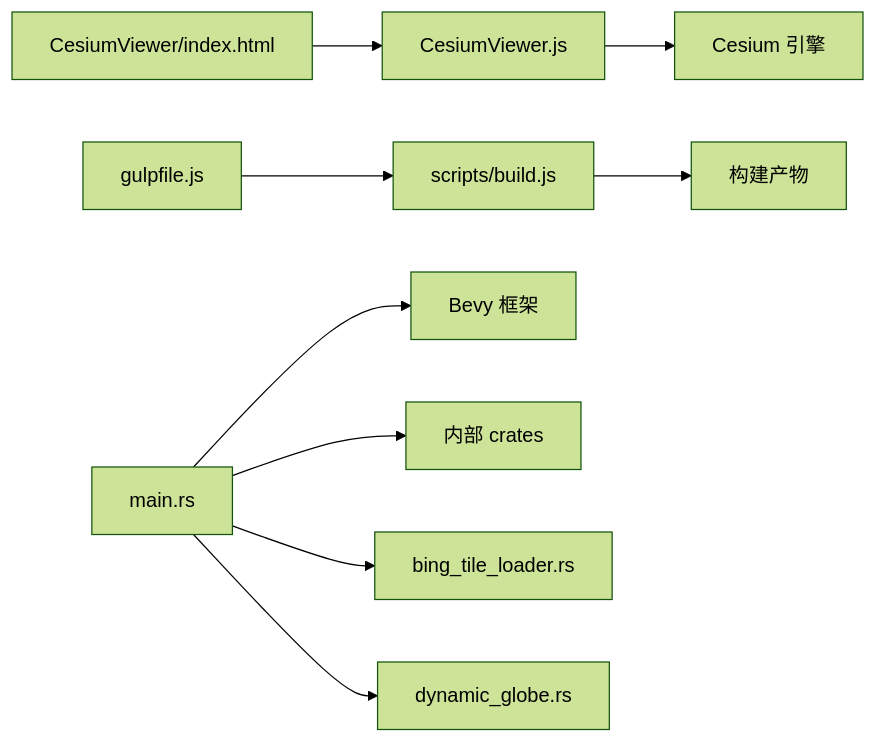
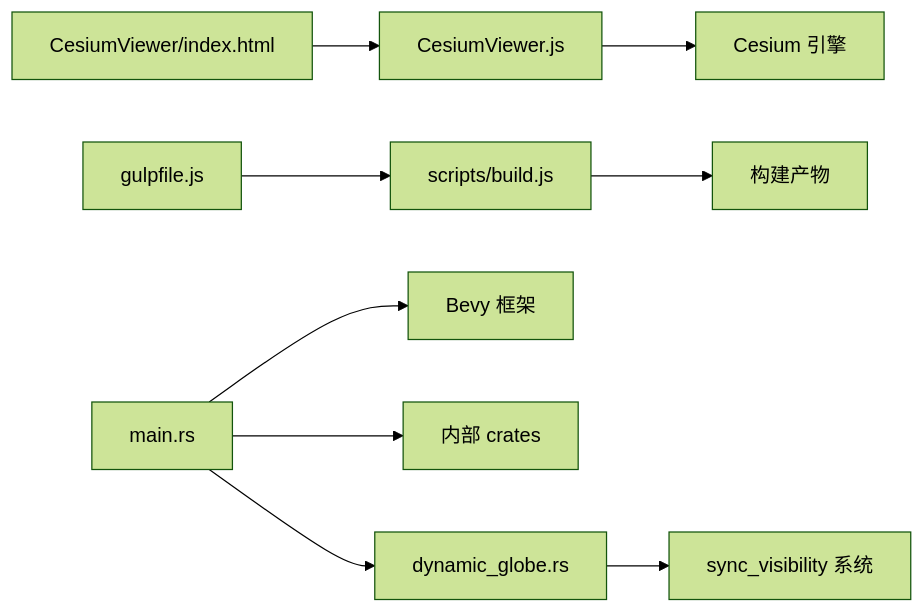
The fifth of 5 diagrams in .qoder/repowiki/zh/content/项目概述/项目介绍/应用程序主入口.md (rzhangjing/cesium), drawn with Mermaid (forest theme) before and after one commit. The commit also changed other lines of this file and 16 other files, not shown here.

````diff
--- a/.qoder/repowiki/zh/content/项目概述/项目介绍/应用程序主入口.md
+++ b/.qoder/repowiki/zh/content/项目概述/项目介绍/应用程序主入口.md
@@ -244,11 +239,11 @@
 ```mermaid
 graph LR
 HTML["CesiumViewer/index.html"] --> JS["CesiumViewer.js"]
 JS --> Engine["Cesium 引擎"]
 Gulp["gulpfile.js"] --> Build["scripts/build.js"]
 Build --> Assets["构建产物"]
 MainRS["main.rs"] --> Bevy["Bevy 框架"]
 MainRS --> Crates["内部 crates"]
-MainRS --> BingLoader["bing_tile_loader.rs"]
 MainRS --> DynamicGlobe["dynamic_globe.rs"]
+DynamicGlobe --> SyncVis["sync_visibility 系统"]
 ```
````
